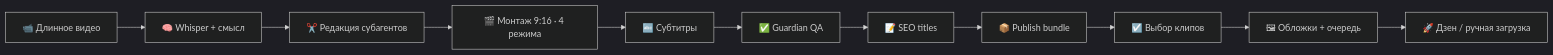
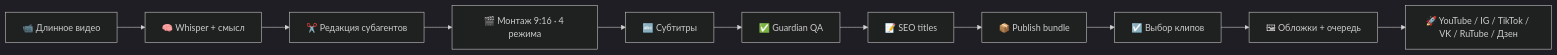
One commit to Horosheff/hyperion-reels changed the diagram in README.md. Above: the diagram before and after it, drawn with Mermaid (dark theme). The commit also changed other lines of this file and 2 other files, not shown here.

First line of the commit message:
docs: update descriptions for YouTube/Instagram multipublish

````diff
--- a/README.md
+++ b/README.md
@@ -76,13 +79,13 @@
 ```mermaid
 flowchart LR
   A[📹 Длинное видео] --> B[🧠 Whisper + смысл]
   B --> C[✂️ Редакция субагентов]
   C --> D[🎬 Монтаж 9:16 · 4 режима]
   D --> E[🔤 Субтитры]
   E --> F[✅ Guardian QA]
   F --> G[📝 SEO titles]
   G --> H[📦 Publish bundle]
   H --> I[☑️ Выбор клипов]
   I --> J[🖼 Обложки + очередь]
-  J --> K[🚀 Дзен / ручная загрузка]
+  J --> K[🚀 YouTube / IG / TikTok / VK / RuTube / Дзен]
 ```
````
